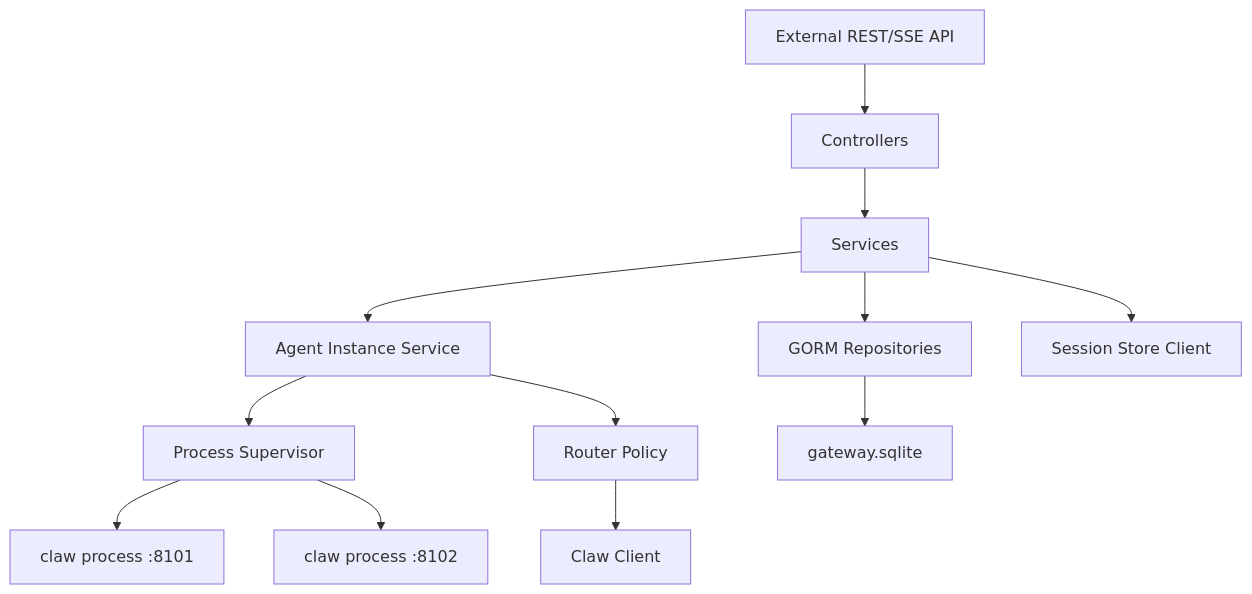
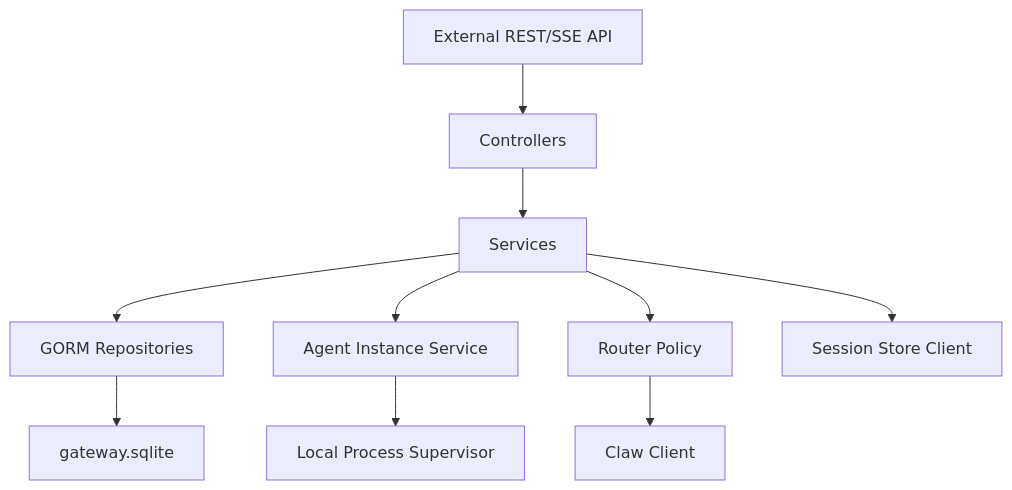
The third of 5 diagrams in docs/ai-agent-platform/02-architecture.md (issueye/icoo_claw), drawn with Mermaid before and after one commit. The commit also changed other lines of this file and 60 other files, not shown here.

````diff
--- a/docs/ai-agent-platform/02-architecture.md
+++ b/docs/ai-agent-platform/02-architecture.md
@@ -141,14 +101,12 @@
 ```mermaid
 flowchart TB
   API["External REST/SSE API"] --> Controllers["Controllers"]
   Controllers --> Services["Services"]
   Services --> Repos["GORM Repositories"]
   Services --> InstanceSvc["Agent Instance Service"]
-  InstanceSvc --> Supervisor["Process Supervisor"]
-  InstanceSvc --> RouterPolicy["Router Policy"]
+  InstanceSvc --> Supervisor["Local Process Supervisor"]
+  Services --> RouterPolicy["Router Policy"]
   RouterPolicy --> ClawClient["Claw Client"]
   Services --> StoreClient["Session Store Client"]
   Repos --> SQLite["gateway.sqlite"]
-  Supervisor --> Proc1["claw process :8101"]
-  Supervisor --> Proc2["claw process :8102"]
 ```
````
